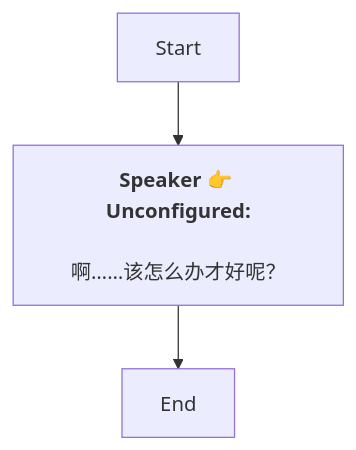
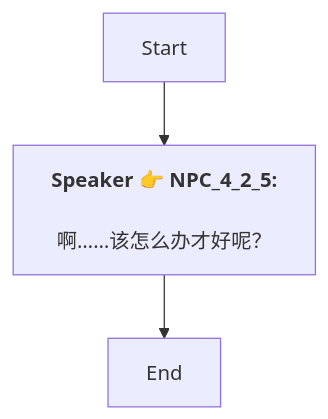
The diagram in Zh/Dialog_54440181104901.md (SoftHu/tos_avg), drawn with Mermaid before and after one commit. The commit also changed 737 other files, not shown here.

````diff
--- a/Zh/Dialog_54440181104901.md
+++ b/Zh/Dialog_54440181104901.md
@@ -1,8 +1,7 @@
 ```mermaid
 graph
-Start -->1742085816421699[<b>Speaker 👉 Unconfigured:</b>
-
-啊……该怎么办才好呢？]
+Start -->1742085816421699[<b>Speaker 👉 NPC_4_2_5:</b>
+\n啊……该怎么办才好呢？]
 1742085816421699 -->1742085816421700[End]
 
- ```
+```
````
